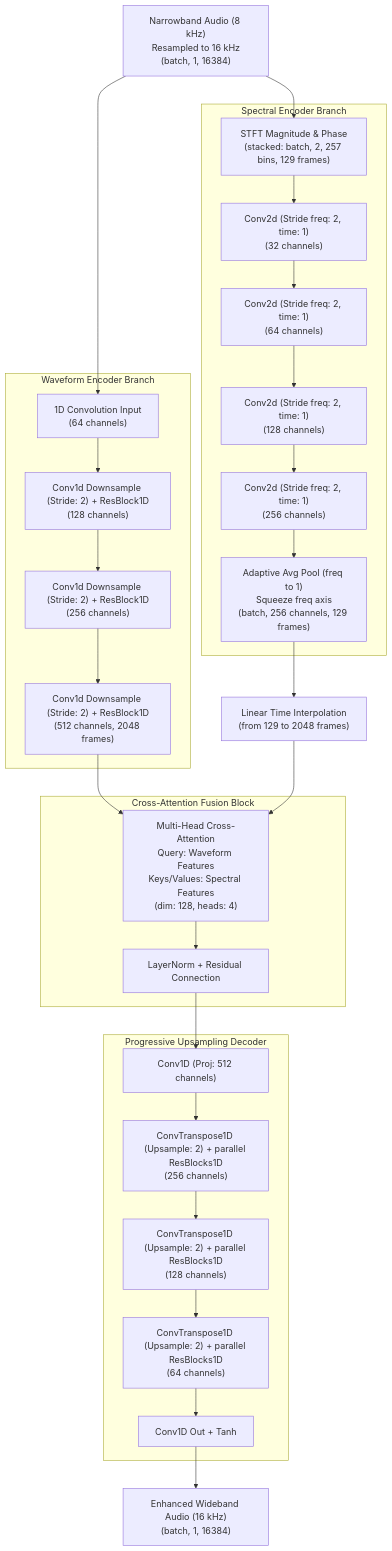
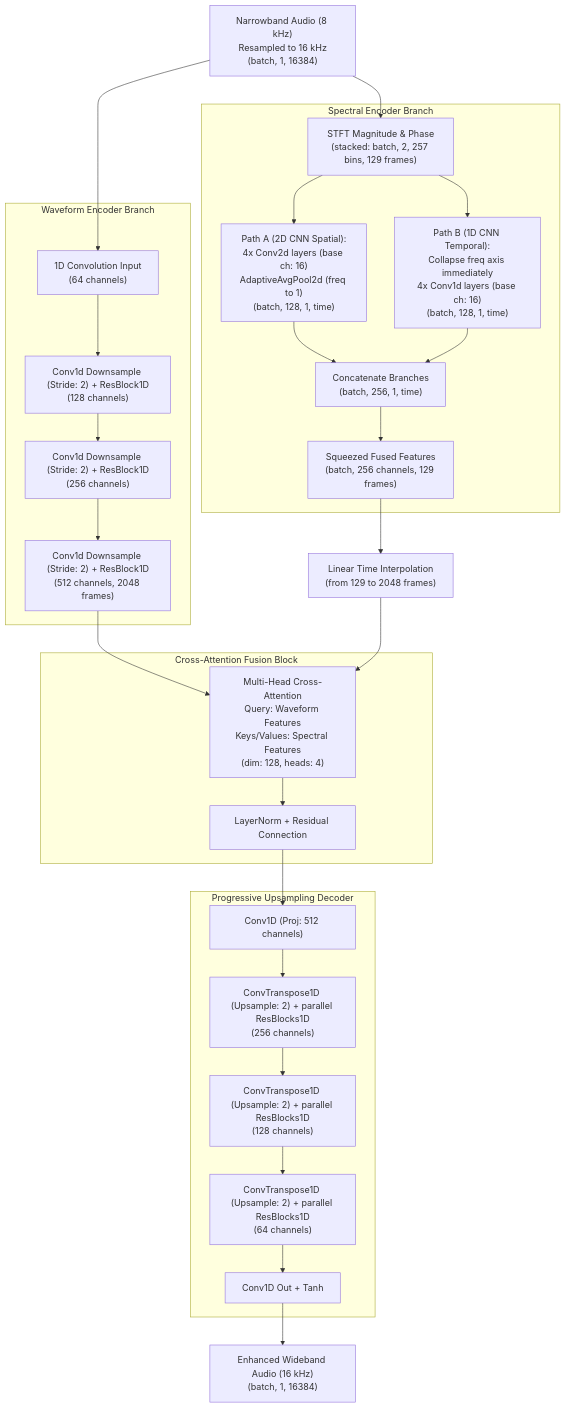
One commit to harshil-0/Enhanced_architechture_GAN_BWE changed the first of 2 diagrams in README.md. Above: the diagram before and after it, drawn with Mermaid. The commit also changed other lines of this file, not shown here.

Commit message:
Update README.md with new lightweight architecture details, diagrams, and benchmarks

````diff
--- a/README.md
+++ b/README.md
@@ -62,44 +62,44 @@
 ```mermaid
 graph TD
     %% Input
     InputWav["Narrowband Audio (8 kHz)<br>Resampled to 16 kHz<br>(batch, 1, 16384)"] --> WaveBranch
     InputWav --> SpecBranch
     
     %% Waveform Branch
     subgraph Waveform Encoder Branch
         WaveBranch["1D Convolution Input<br>(64 channels)"] --> Down1["Conv1d Downsample (Stride: 2) + ResBlock1D<br>(128 channels)"]
         Down1 --> Down2["Conv1d Downsample (Stride: 2) + ResBlock1D<br>(256 channels)"]
         Down2 --> Down3["Conv1d Downsample (Stride: 2) + ResBlock1D<br>(512 channels, 2048 frames)"]
     end
     
     %% Spectral Branch
     subgraph Spectral Encoder Branch
-        SpecBranch["STFT Magnitude & Phase<br>(stacked: batch, 2, 257 bins, 129 frames)"] --> Conv2D_1["Conv2d (Stride freq: 2, time: 1)<br>(32 channels)"]
-        Conv2D_1 --> Conv2D_2["Conv2d (Stride freq: 2, time: 1)<br>(64 channels)"]
-        Conv2D_2 --> Conv2D_3["Conv2d (Stride freq: 2, time: 1)<br>(128 channels)"]
-        Conv2D_3 --> Conv2D_4["Conv2d (Stride freq: 2, time: 1)<br>(256 channels)"]
-        Conv2D_4 --> FreqPool["Adaptive Avg Pool (freq to 1)<br>Squeeze freq axis<br>(batch, 256 channels, 129 frames)"]
+        SpecBranch["STFT Magnitude & Phase<br>(stacked: batch, 2, 257 bins, 129 frames)"] --> PathA["Path A (2D CNN Spatial):<br>4x Conv2d layers (base ch: 16)<br>AdaptiveAvgPool2d (freq to 1)<br>(batch, 128, 1, time)"]
+        SpecBranch --> PathB["Path B (1D CNN Temporal):<br>Collapse freq axis immediately<br>4x Conv1d layers (base ch: 16)<br>(batch, 128, 1, time)"]
+        PathA --> ConcatSpec["Concatenate Branches<br>(batch, 256, 1, time)"]
+        PathB --> ConcatSpec
+        ConcatSpec --> FreqPool["Squeezed Fused Features<br>(batch, 256 channels, 129 frames)"]
     end
     
     %% Attention Fusion
     Down3 --> AttnBlock
     FreqPool --> InterpSpec["Linear Time Interpolation<br>(from 129 to 2048 frames)"]
     InterpSpec --> AttnBlock
     
     subgraph Cross-Attention Fusion Block
         AttnBlock["Multi-Head Cross-Attention<br>Query: Waveform Features<br>Keys/Values: Spectral Features<br>(dim: 128, heads: 4)"] --> AddNorm["LayerNorm + Residual Connection"]
     end
     
     %% Decoder
     AddNorm --> DecIn["Conv1D (Proj: 512 channels)"]
     
     subgraph Progressive Upsampling Decoder
         DecIn --> Up1["ConvTranspose1D (Upsample: 2) + parallel ResBlocks1D<br>(256 channels)"]
         Up1 --> Up2["ConvTranspose1D (Upsample: 2) + parallel ResBlocks1D<br>(128 channels)"]
         Up2 --> Up3["ConvTranspose1D (Upsample: 2) + parallel ResBlocks1D<br>(64 channels)"]
         Up3 --> ConvOut["Conv1D Out + Tanh"]
     end
     
     %% Output
     ConvOut --> OutputWav["Enhanced Wideband Audio (16 kHz)<br>(batch, 1, 16384)"]
 ```
````
